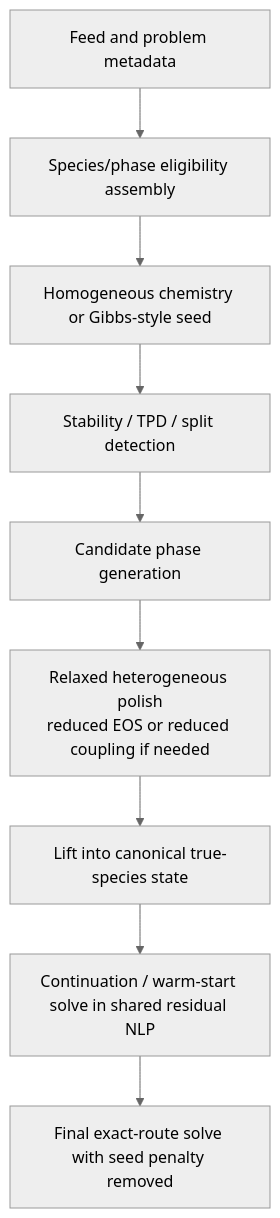
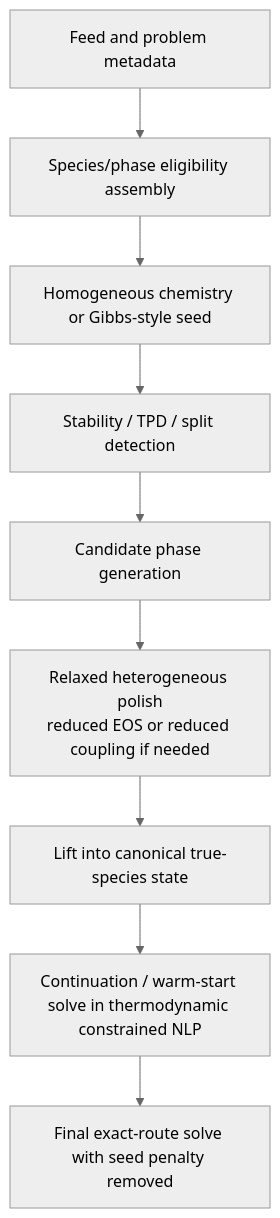
One commit to tannerpolley/ePC-SAFT-lab changed the third of 4 diagrams in docs/roadmaps/unified_equilibrium_core_algorithm.md. Above: the diagram before and after it, drawn with Mermaid (neutral theme). The commit also changed other lines of this file and 14 other files, not shown here.

````diff
--- a/docs/roadmaps/unified_equilibrium_core_algorithm.md
+++ b/docs/roadmaps/unified_equilibrium_core_algorithm.md
@@ -424,11 +465,11 @@
 ```mermaid
 flowchart TD
     A["Feed and problem metadata"] --> B["Species/phase eligibility assembly"]
     B --> C["Homogeneous chemistry or Gibbs-style seed"]
     C --> D["Stability / TPD / split detection"]
     D --> E["Candidate phase generation"]
     E --> F["Relaxed heterogeneous polish<br/>reduced EOS or reduced coupling if needed"]
     F --> G["Lift into canonical true-species state"]
-    G --> H["Continuation / warm-start solve in shared residual NLP"]
+    G --> H["Continuation / warm-start solve in thermodynamic constrained NLP"]
     H --> I["Final exact-route solve with seed penalty removed"]
 ```
````
